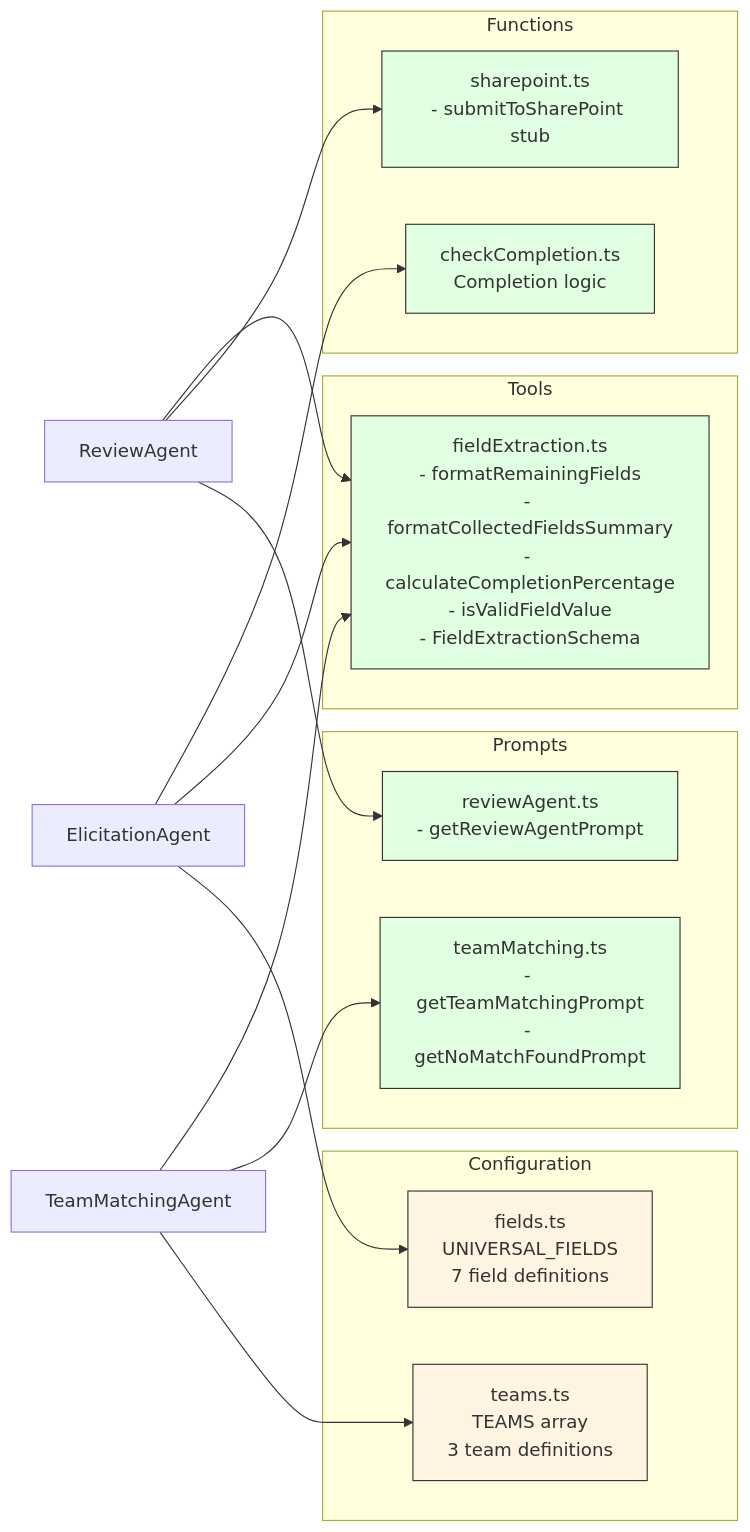
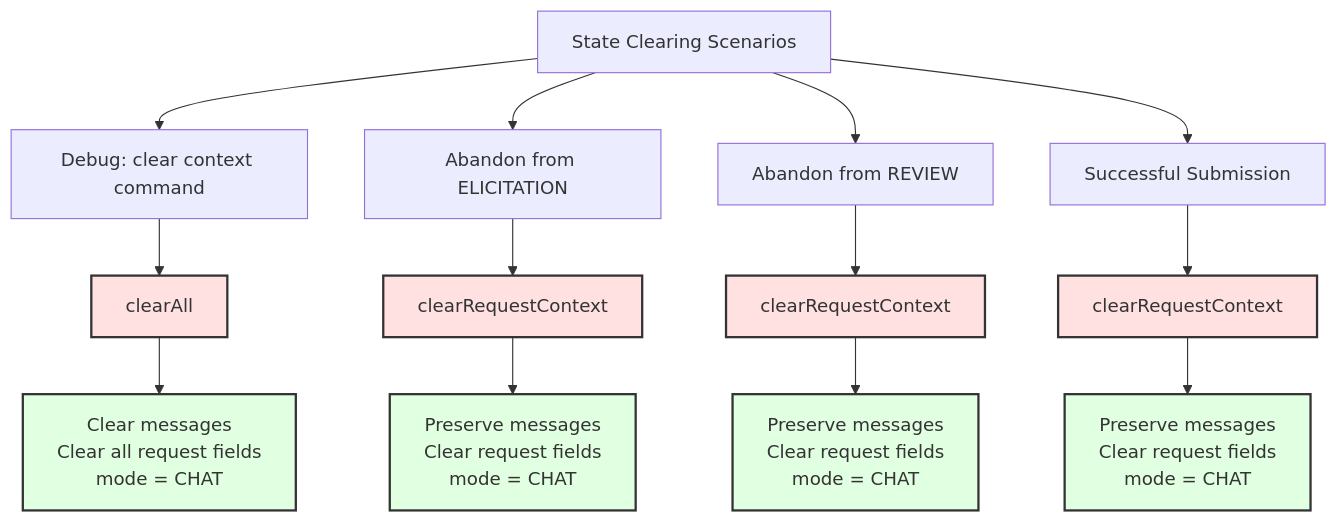
One commit to thomasyao15/CFD changed the eighth of 8 diagrams in PROGRESS_DIAGRAM.md. Above: the diagram before and after it, drawn with Mermaid. The commit also changed other lines of this file and 6 other files, not shown here.

Commit message:
Tweak prompts and fix clear context

````diff
--- a/PROGRESS_DIAGRAM.md
+++ b/PROGRESS_DIAGRAM.md
@@ -242,38 +295,25 @@
 ```mermaid
-graph LR
-    subgraph Configuration
-        Fields[fields.ts<br/>UNIVERSAL_FIELDS<br/>7 field definitions]
-        Teams[teams.ts<br/>TEAMS array<br/>3 team definitions]
-    end
+graph TD
+    Clear[State Clearing Scenarios]
 
-    subgraph Tools
-        Extract[fieldExtraction.ts<br/>- formatRemainingFields<br/>- formatCollectedFieldsSummary<br/>- calculateCompletionPercentage<br/>- isValidFieldValue<br/>- FieldExtractionSchema]
-    end
+    Clear --> Scenario1[Debug: clear context command]
+    Scenario1 --> Clear1[clearAll]
+    Clear1 --> Clear1A[Clear messages<br/>Clear all request fields<br/>mode = CHAT]
 
-    subgraph Prompts
-        TeamPrompts[teamMatching.ts<br/>- getTeamMatchingPrompt<br/>- getNoMatchFoundPrompt]
-        ReviewPrompt[reviewAgent.ts<br/>- getReviewAgentPrompt]
-    end
+    Clear --> Scenario2[Abandon from ELICITATION]
+    Scenario2 --> Clear2[clearRequestContext]
+    Clear2 --> Clear2A[Preserve messages<br/>Clear request fields<br/>mode = CHAT]
 
-    subgraph Functions
-        Check[checkCompletion.ts<br/>Completion logic]
-        SharePoint[sharepoint.ts<br/>- submitToSharePoint stub]
-    end
+    Clear --> Scenario3[Abandon from REVIEW]
+    Scenario3 --> Clear3[clearRequestContext]
+    Clear3 --> Clear3A[Preserve messages<br/>Clear request fields<br/>mode = CHAT]
 
-    ElicitAgent[ElicitationAgent] --> Fields
-    ElicitAgent --> Extract
-    ElicitAgent --> Check
+    Clear --> Scenario4[Successful Submission]
+    Scenario4 --> Clear4[clearRequestContext]
+    Clear4 --> Clear4A[Preserve messages<br/>Clear request fields<br/>mode = CHAT]
 
-    TeamAgent[TeamMatchingAgent] --> Teams
-    TeamAgent --> TeamPrompts
-    TeamAgent --> Extract
-
-    ReviewAgentNode[ReviewAgent] --> ReviewPrompt
-    ReviewAgentNode --> SharePoint
-    ReviewAgentNode --> Extract
-
-    classDef config fill:#fff4e1,stroke:#333,stroke-width:1px
-    classDef tool fill:#e1ffe1,stroke:#333,stroke-width:1px
-    class Fields,Teams config
-    class Extract,Check,TeamPrompts,ReviewPrompt,SharePoint tool
+    classDef clearNode fill:#ffe1e1,stroke:#333,stroke-width:2px
+    classDef preserveNode fill:#e1ffe1,stroke:#333,stroke-width:2px
+    class Clear1,Clear2,Clear3,Clear4 clearNode
+    class Clear1A,Clear2A,Clear3A,Clear4A preserveNode
 ```
````
